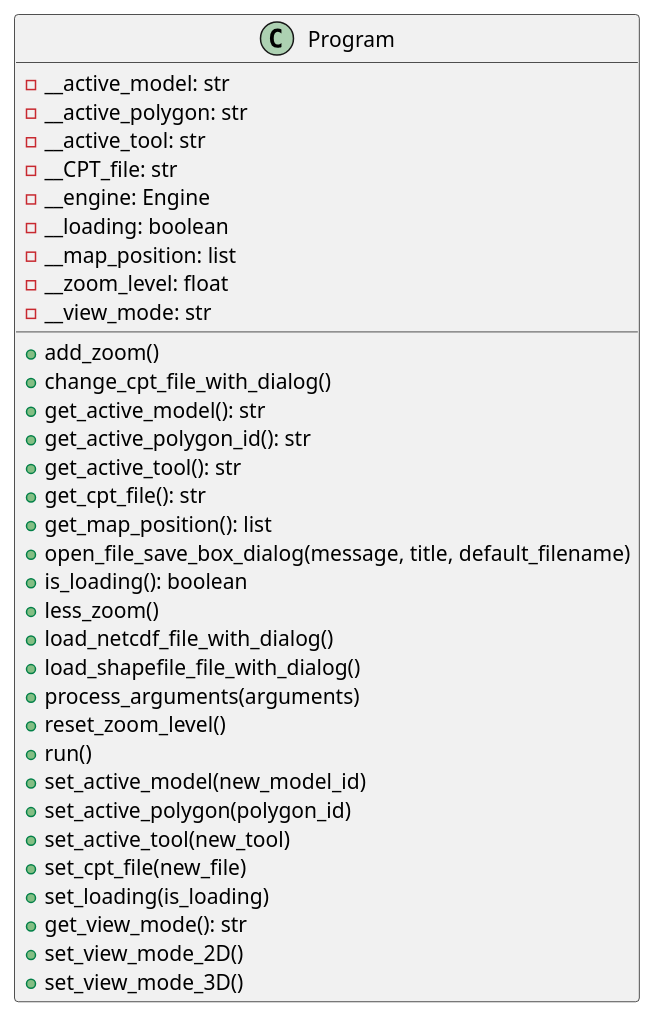
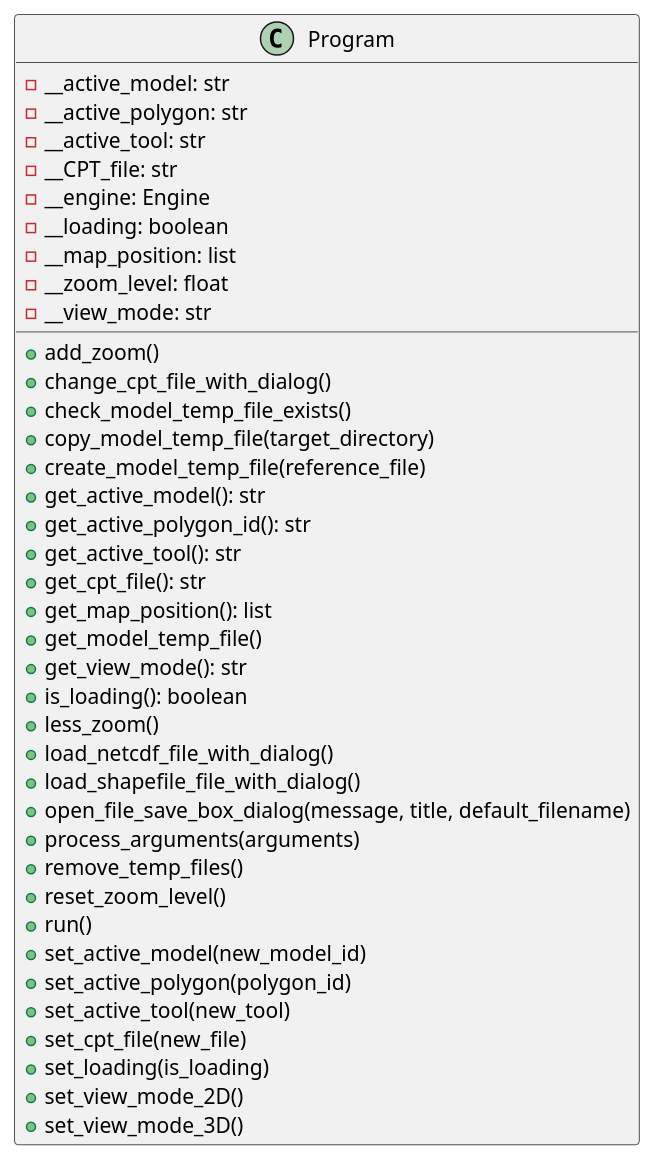
The diagram in docs/classes/Program.puml (ferpoble2/Relief_Creator), drawn with PlantUML before and after one commit. The commit also changed 7 other files, not shown here.

```diff
--- a/docs/classes/Program.puml
+++ b/docs/classes/Program.puml
@@ -1,37 +1,42 @@
 @startuml
 class Program {
     - __active_model: str
     - __active_polygon: str
     - __active_tool: str
     - __CPT_file: str
     - __engine: Engine
     - __loading: boolean
     - __map_position: list
     - __zoom_level: float
     - __view_mode: str
 
     + add_zoom()
     + change_cpt_file_with_dialog()
+    + check_model_temp_file_exists()
+    + copy_model_temp_file(target_directory)
+    + create_model_temp_file(reference_file)
     + get_active_model(): str
     + get_active_polygon_id(): str
     + get_active_tool(): str
     + get_cpt_file(): str
     + get_map_position(): list
-    + open_file_save_box_dialog(message, title, default_filename)
+    + get_model_temp_file()
+    + get_view_mode(): str
     + is_loading(): boolean
     + less_zoom()
     + load_netcdf_file_with_dialog()
     + load_shapefile_file_with_dialog()
+    + open_file_save_box_dialog(message, title, default_filename)
     + process_arguments(arguments)
+    + remove_temp_files()
     + reset_zoom_level()
     + run()
     + set_active_model(new_model_id)
     + set_active_polygon(polygon_id)
     + set_active_tool(new_tool)
     + set_cpt_file(new_file)
     + set_loading(is_loading)
-    + get_view_mode(): str
     + set_view_mode_2D()
     + set_view_mode_3D()
 }
 @enduml
```
